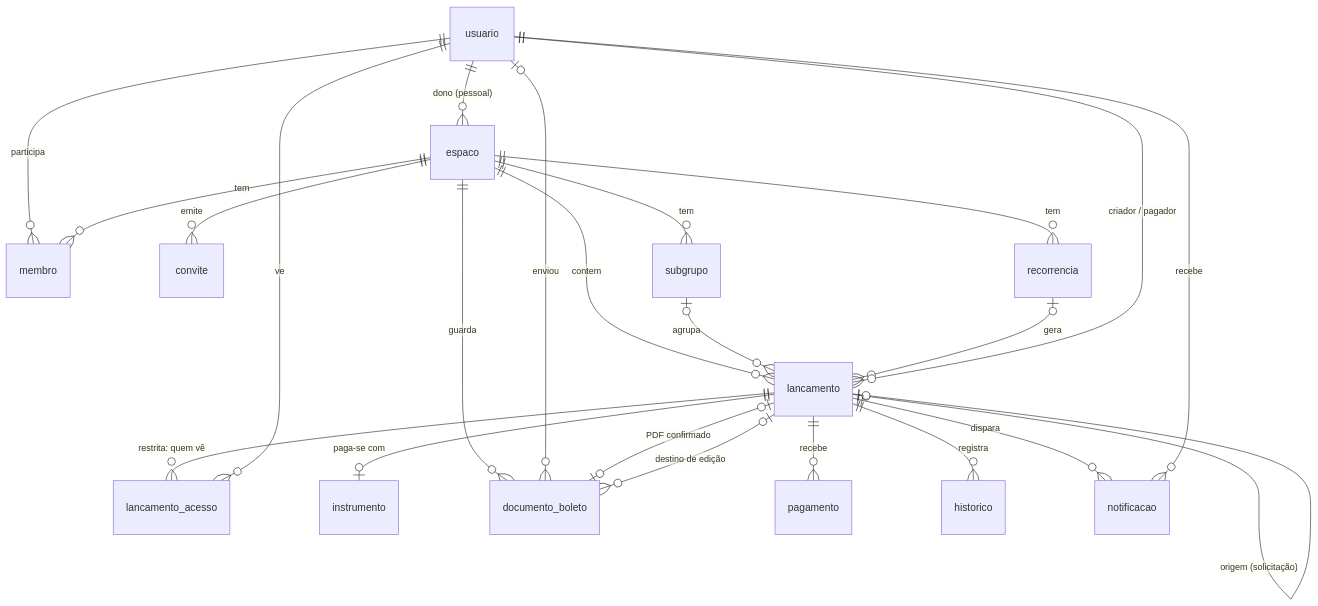
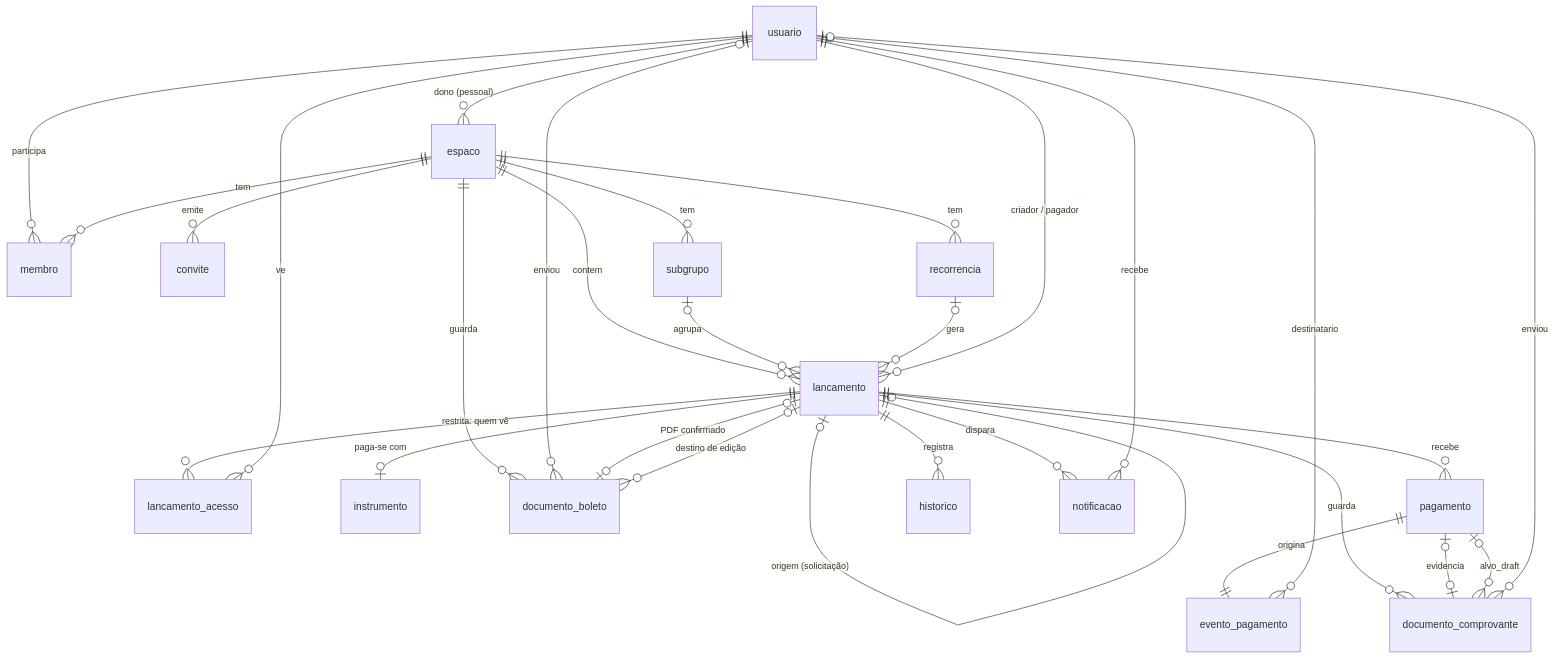
Before and after one commit to luis-hm/Varal: the diagram in docs/dados/modelo.md, drawn with Mermaid. The commit also changed other lines of this file and 69 other files, not shown here.

````diff
--- a/docs/dados/modelo.md
+++ b/docs/dados/modelo.md
@@ -110,25 +123,31 @@
 ```mermaid
 erDiagram
     usuario ||--o{ espaco : "dono (pessoal)"
     usuario ||--o{ membro : participa
     espaco ||--o{ membro : tem
     espaco ||--o{ convite : emite
     espaco ||--o{ subgrupo : tem
     espaco ||--o{ lancamento : contem
     espaco ||--o{ recorrencia : tem
     subgrupo |o--o{ lancamento : agrupa
     recorrencia |o--o{ lancamento : gera
     lancamento |o--o| lancamento : "origem (solicitação)"
     lancamento ||--o{ lancamento_acesso : "restrita: quem vê"
     usuario ||--o{ lancamento_acesso : ve
     lancamento ||--o| instrumento : "paga-se com"
     espaco ||--o{ documento_boleto : guarda
     usuario |o--o{ documento_boleto : enviou
     lancamento |o--o| documento_boleto : "PDF confirmado"
     lancamento |o--o{ documento_boleto : "destino de edição"
     lancamento ||--o{ pagamento : recebe
+    pagamento ||--|| evento_pagamento : origina
+    usuario |o--o{ evento_pagamento : destinatario
+    lancamento ||--o{ documento_comprovante : guarda
+    pagamento |o--o| documento_comprovante : evidencia
+    pagamento |o--o{ documento_comprovante : alvo_draft
+    usuario |o--o{ documento_comprovante : enviou
     lancamento ||--o{ historico : registra
     lancamento ||--o{ notificacao : dispara
     usuario ||--o{ notificacao : recebe
     usuario ||--o{ lancamento : "criador / pagador"
 ```
````
